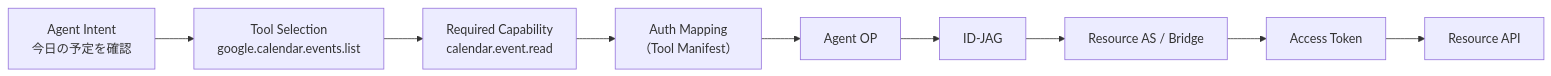
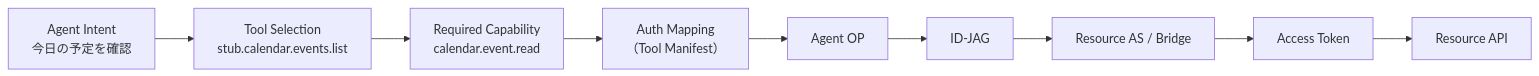
Before and after one commit to maronnjapan/agent-xaa-platform: the diagram in docs/04-tool-catalog.md, drawn with Mermaid. The commit also changed other lines of this file and 27 other files, not shown here.

````diff
--- a/docs/04-tool-catalog.md
+++ b/docs/04-tool-catalog.md
@@ -145,11 +145,11 @@
 ```mermaid
 flowchart LR
-    INTENT["Agent Intent<br/>今日の予定を確認"] --> TOOL["Tool Selection<br/>google.calendar.events.list"]
+    INTENT["Agent Intent<br/>今日の予定を確認"] --> TOOL["Tool Selection<br/>stub.calendar.events.list"]
     TOOL --> CAP["Required Capability<br/>calendar.event.read"]
     CAP --> AUTH["Auth Mapping<br/>（Tool Manifest）"]
     AUTH --> OP["Agent OP"]
     OP --> JAG["ID-JAG"]
     JAG --> AS["Resource AS / Bridge"]
     AS --> TOKEN["Access Token"]
     TOKEN --> API["Resource API"]
 ```
````
